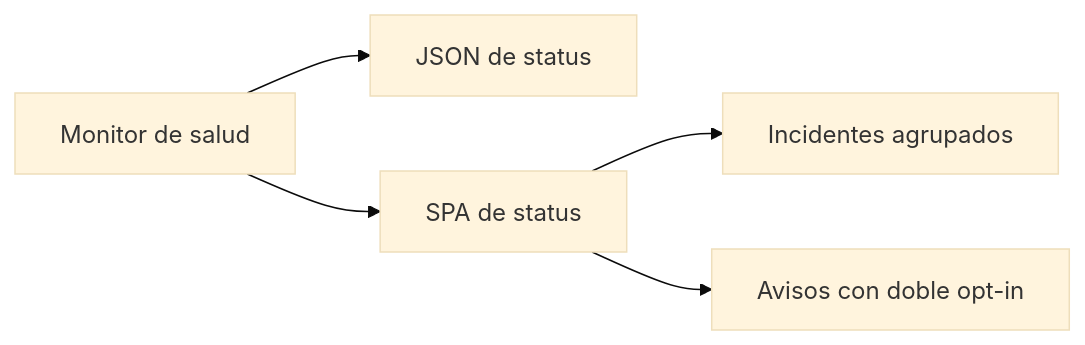
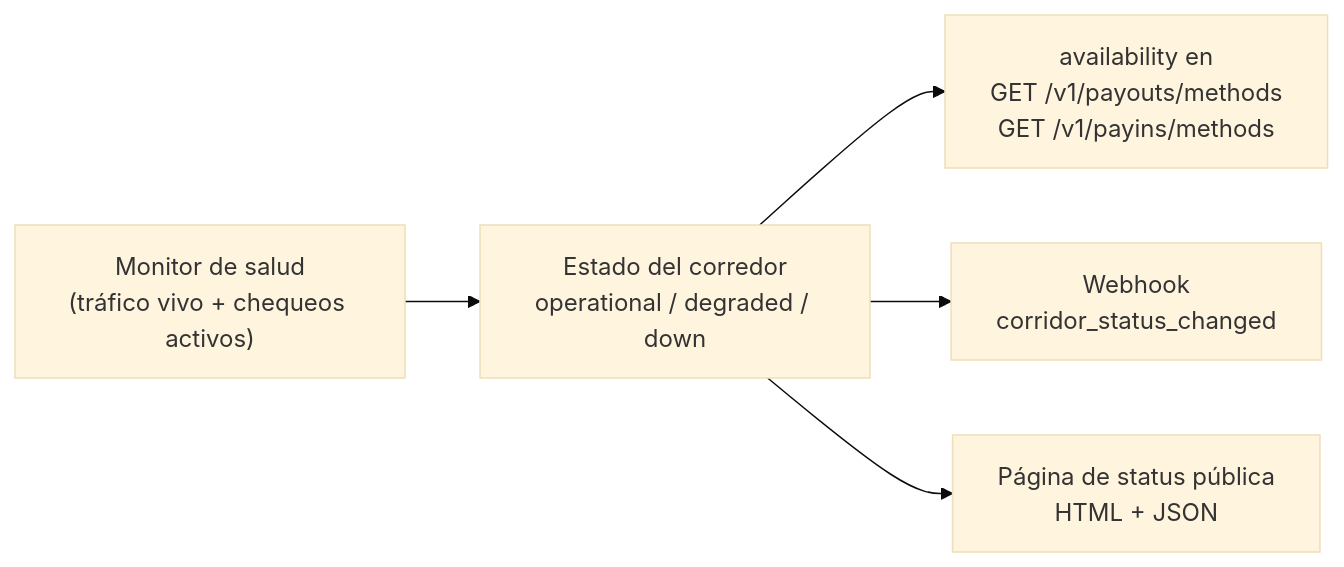
The diagram in mcp-pack/guides/es/service-status.md (CBpayapp/cbpay-docs), drawn with Mermaid (base theme) before and after one commit. The commit also changed other lines of this file and 22 other files, not shown here.

````diff
--- a/mcp-pack/guides/es/service-status.md
+++ b/mcp-pack/guides/es/service-status.md
@@ -16,7 +25,7 @@
 ```mermaid
 flowchart LR
-    monitor["Monitor de salud"] --> api["JSON de status"]
-    monitor --> page["SPA de status"]
-    page --> incidents["Incidentes agrupados"]
-    page --> alerts["Avisos con doble opt-in"]
+    monitor["Monitor de salud<br/>(tráfico vivo + chequeos activos)"] --> state["Estado del corredor<br/>operational / degraded / down"]
+    state --> catalog["availability en<br/>GET /v1/payouts/methods<br/>GET /v1/payins/methods"]
+    state --> hook["Webhook<br/>corridor_status_changed"]
+    state --> page["Página de status pública<br/>HTML + JSON"]
 ```
````
